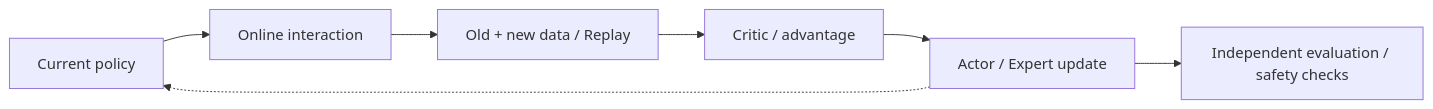
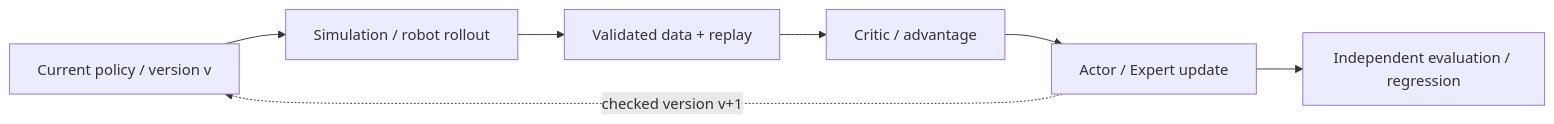
One commit to zengxiong111/Foundation_of_Embodied_AI changed the third of 4 diagrams in md/RL_Post_Training_EN.md. Above: the diagram before and after it, drawn with Mermaid. The commit also changed other lines of this file and 24 other files, not shown here.

````diff
--- a/md/RL_Post_Training_EN.md
+++ b/md/RL_Post_Training_EN.md
@@ -169,10 +139,9 @@
 ```mermaid
-%% FIG: offpolicy
 flowchart LR
-  A["Current policy"] --> R["Online interaction"]
-  R --> D["Old + new data / Replay"]
-  D --> Q["Critic / advantage"]
-  Q --> U["Actor / Expert update"]
-  U -.-> A
-  U --> E["Independent evaluation / safety checks"]
+  P["Current policy / version v"] --> W["Simulation / robot rollout"]
+  W --> D["Validated data + replay"]
+  D --> C["Critic / advantage"]
+  C --> U["Actor / Expert update"]
+  U -.->|checked version v+1| P
+  U --> V["Independent evaluation / regression"]
 ```
````
